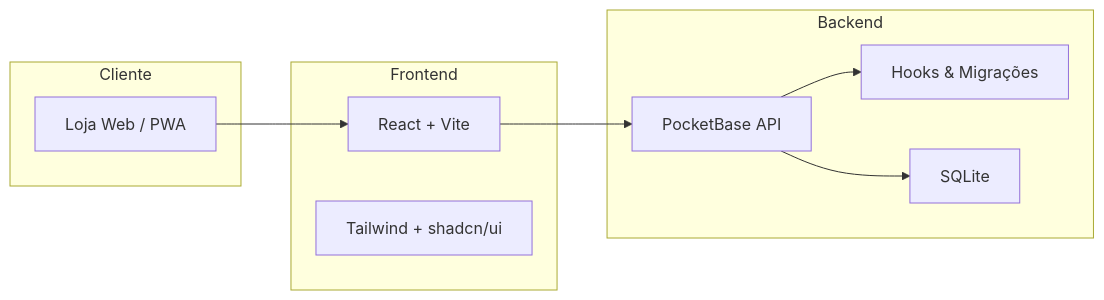
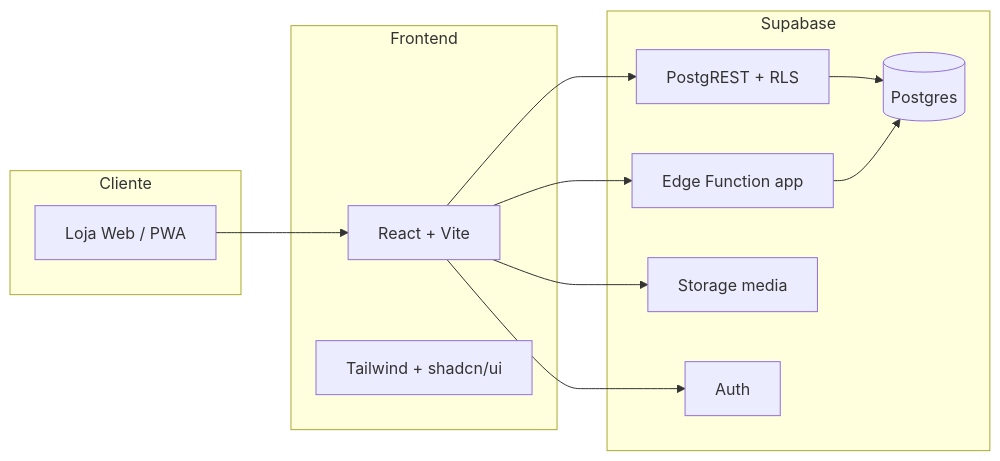
One commit to ValentinoCanguele/livraria_Cunhinga changed the diagram in README.md. Above: the diagram before and after it, drawn with Mermaid. The commit also changed other lines of this file and 3 other files, not shown here.

````diff
--- a/README.md
+++ b/README.md
@@ -27,17 +27,22 @@
 ```mermaid
 flowchart LR
   subgraph Cliente
     A[Loja Web / PWA]
   end
   subgraph Frontend
     B[React + Vite]
     C[Tailwind + shadcn/ui]
   end
-  subgraph Backend
-    D[PocketBase API]
-    E[Hooks & Migrações]
-    F[SQLite]
+  subgraph Supabase
+    D[PostgREST + RLS]
+    E[Edge Function app]
+    F[(Postgres)]
+    G[Storage media]
+    H[Auth]
   end
-  A --> B --> D --> F
-  D --> E
+  A --> B
+  B --> D --> F
+  B --> E --> F
+  B --> G
+  B --> H
 ```
````
